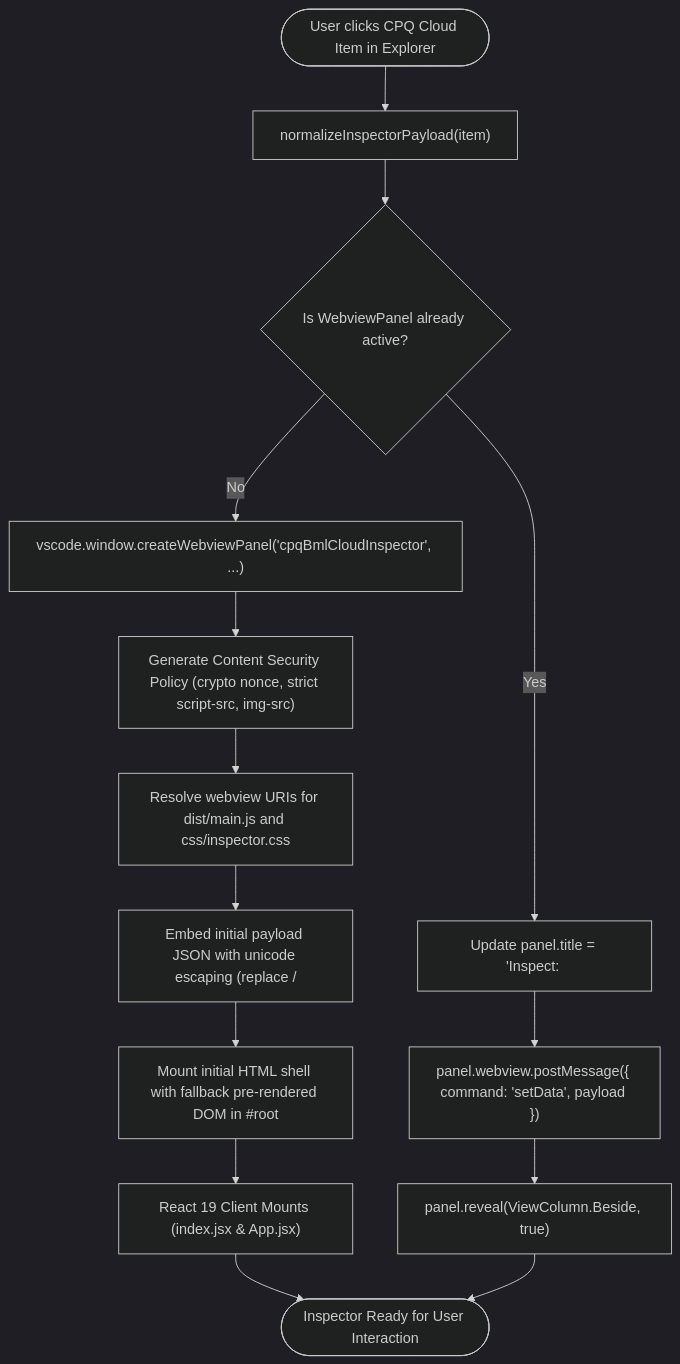
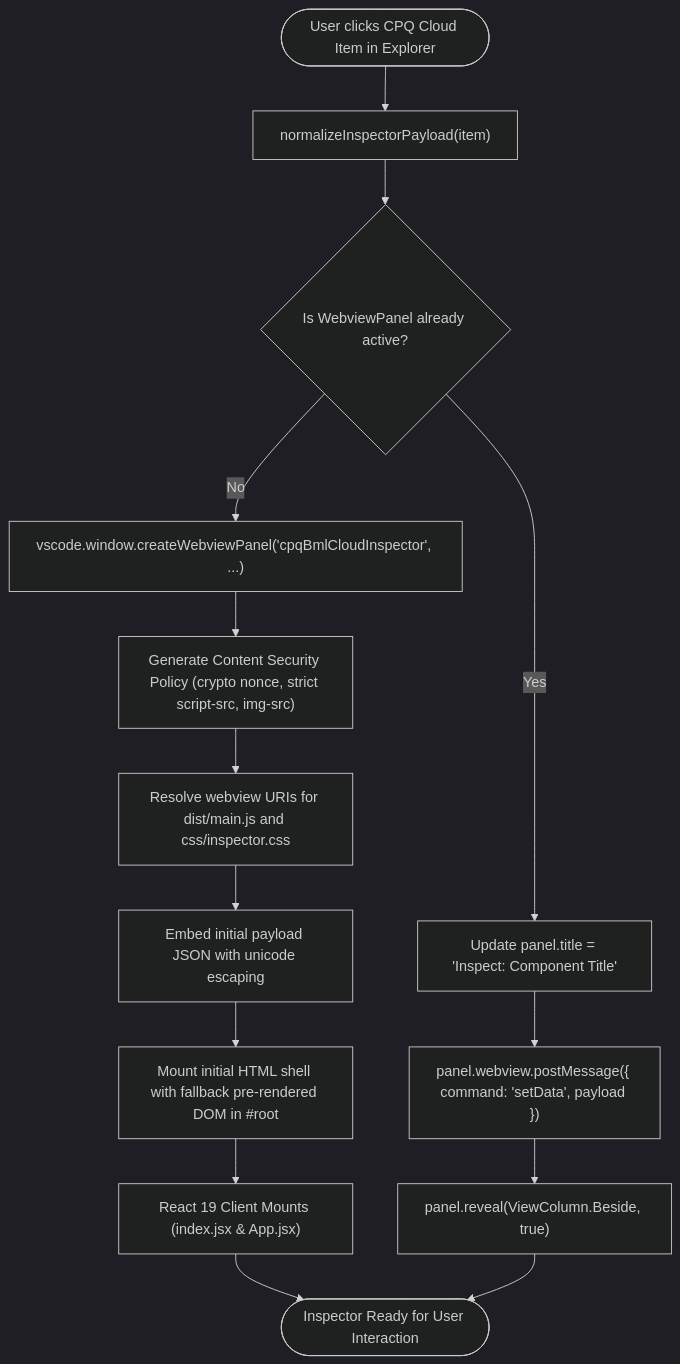
The second of 5 diagrams in knowledge/BML_Cloud_Inspector.md (vikram-vn/cpq-bml), drawn with Mermaid (dark theme) before and after one commit. The commit also changed other lines of this file, not shown here.

Commit message:
docs: add architecture and control flow documentation for BML Cloud Property Inspector

````diff
--- a/knowledge/BML_Cloud_Inspector.md
+++ b/knowledge/BML_Cloud_Inspector.md
@@ -62,18 +62,18 @@
 ```mermaid
 flowchart TD
     TriggerInspect(["User clicks CPQ Cloud Item in Explorer"]) --> NormalizePayload["normalizeInspectorPayload(item)"]
     NormalizePayload --> CheckActivePanel{"Is WebviewPanel already active?"}
 
-    CheckActivePanel -->|"Yes"| UpdateTitle["Update panel.title = 'Inspect: <title>'"]
+    CheckActivePanel -->|"Yes"| UpdateTitle["Update panel.title = 'Inspect: Component Title'"]
     UpdateTitle --> PostDataMsg["panel.webview.postMessage({ command: 'setData', payload })"]
     PostDataMsg --> RevealPanel["panel.reveal(ViewColumn.Beside, true)"]
 
     CheckActivePanel -->|"No"| CreatePanel["vscode.window.createWebviewPanel('cpqBmlCloudInspector', ...)"]
     CreatePanel --> BuildCSP["Generate Content Security Policy (crypto nonce, strict script-src, img-src)"]
     BuildCSP --> BundleAssets["Resolve webview URIs for dist/main.js and css/inspector.css"]
-    BundleAssets --> EscapeJSON["Embed initial payload JSON with unicode escaping (replace /</ with \\u003c)"]
+    BundleAssets --> EscapeJSON["Embed initial payload JSON with unicode escaping"]
     EscapeJSON --> RenderHTML["Mount initial HTML shell with fallback pre-rendered DOM in #root"]
     RenderHTML --> ClientHydrate["React 19 Client Mounts (index.jsx & App.jsx)"]
     ClientHydrate --> ReadyState(["Inspector Ready for User Interaction"])
     RevealPanel --> ReadyState
 ```
````
